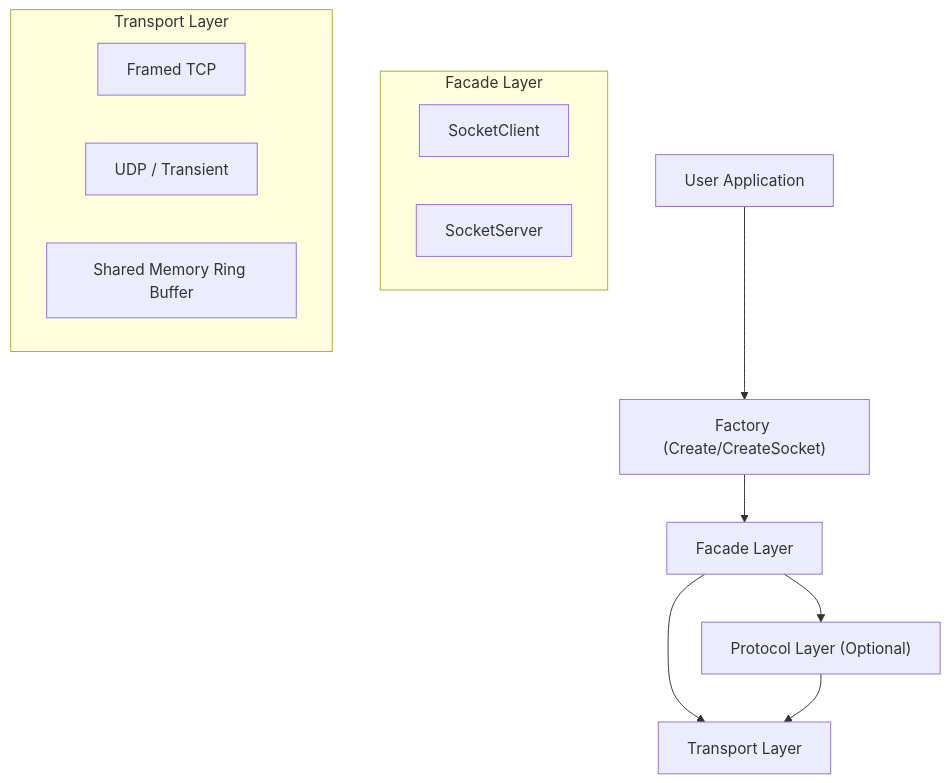
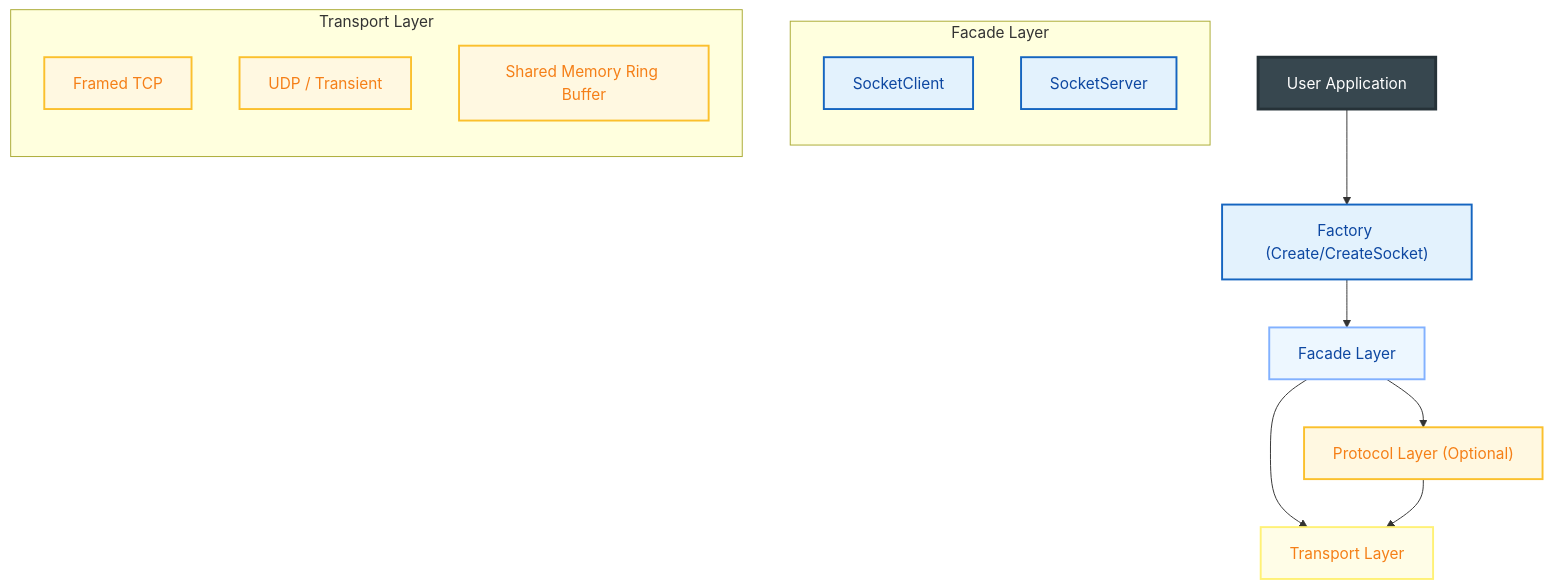
One commit to Bastien-Antigravity/safe-socket changed the diagram in ARCHITECTURE.md. Above: the diagram before and after it, drawn with Mermaid.

Commit message:
docs: Apply consistent styling to architecture diagram

````diff
--- a/ARCHITECTURE.md
+++ b/ARCHITECTURE.md
@@ -7,20 +7,31 @@
 ```mermaid
-graph TD
-    User[User Application] --> Factory["Factory (Create/CreateSocket)"]
-    Factory --> Facade[Facade Layer]
+flowchart TD
+    %% Styles
+    classDef core fill:#e3f2fd,stroke:#1565c0,stroke-width:2px,color:#0d47a1;
+    classDef net fill:#fff8e1,stroke:#fbc02d,stroke-width:2px,color:#f57f17;
+    
+    %% Application Node Styling
+    style User fill:#37474f,stroke:#263238,stroke-width:3px,color:#ffffff
+
+    User[User Application] --> Factory["Factory (Create/CreateSocket)"]:::core
+    Factory --> Facade[Facade Layer]:::core
     
     subgraph Facade Layer
-        Client[SocketClient]
-        Server[SocketServer]
+        direction TB
+        Client[SocketClient]:::core
+        Server[SocketServer]:::core
     end
+    style Facade fill:#edf7ff,stroke:#82b1ff,stroke-width:2px,color:#0d47a1
     
-    Facade --> Protocol["Protocol Layer (Optional)"]
-    Facade --> Transport[Transport Layer]
+    Facade --> Protocol["Protocol Layer (Optional)"]:::net
+    Facade --> Transport[Transport Layer]:::net
     Protocol --> Transport
     
     subgraph Transport Layer
-        TCP[Framed TCP]
-        UDP[UDP / Transient]
-        SHM[Shared Memory Ring Buffer]
+        direction TB
+        TCP[Framed TCP]:::net
+        UDP[UDP / Transient]:::net
+        SHM[Shared Memory Ring Buffer]:::net
     end
+    style Transport fill:#fffde7,stroke:#fff176,stroke-width:2px,color:#f57f17
 ```
````
